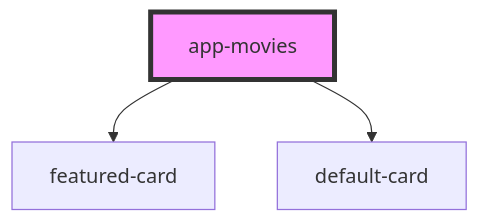
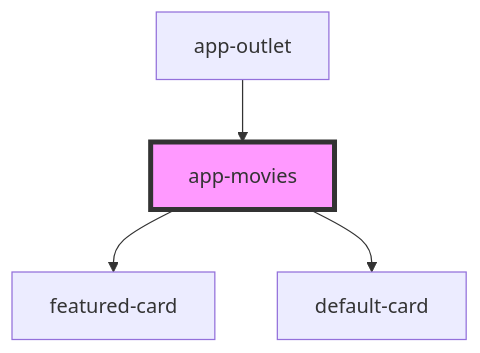
One commit to upstroke/tmdb-stencil-frontend changed the diagram in src/components/pages/app-movies/readme.md. Above: the diagram before and after it, drawn with Mermaid. The commit also changed other lines of this file and 5 other files, not shown here.

````diff
--- a/src/components/pages/app-movies/readme.md
+++ b/src/components/pages/app-movies/readme.md
@@ -16,6 +20,7 @@
 ```mermaid
 graph TD;
   app-movies --> featured-card
   app-movies --> default-card
+  app-outlet --> app-movies
   style app-movies fill:#f9f,stroke:#333,stroke-width:4px
 ```
````
